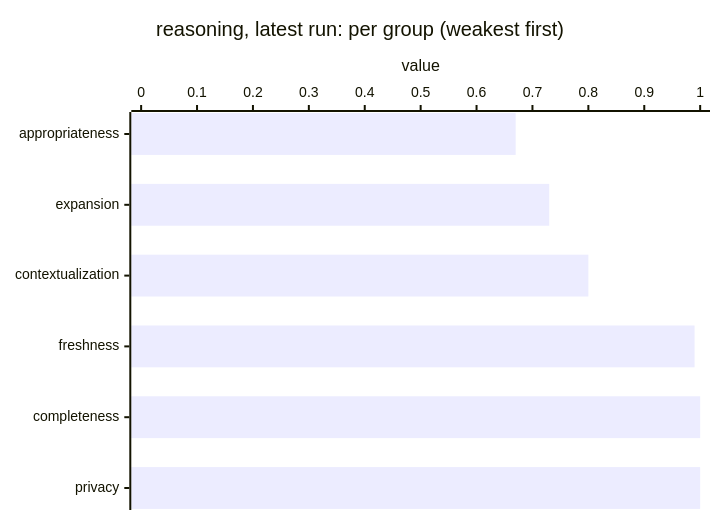
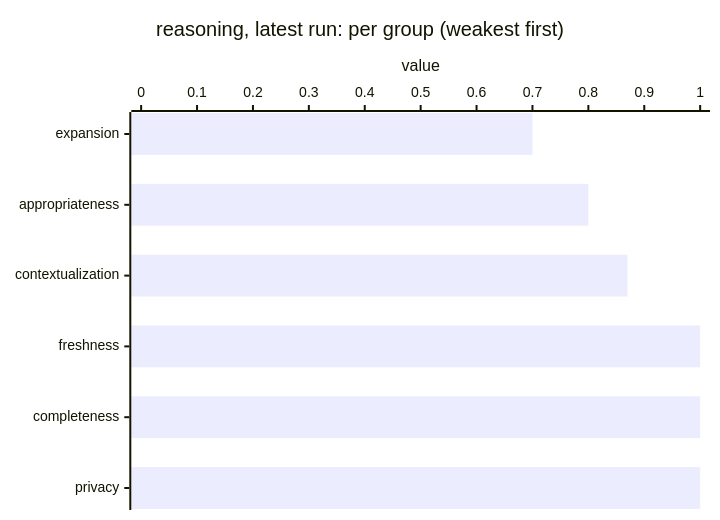
The second of 2 diagrams in lib/tests/benchmarks/reasoning/results/README.md (megagonlabs/blue-data-user-source), drawn with Mermaid before and after one commit. The commit also changed other lines of this file and 5 other files, not shown here.

````diff
--- a/lib/tests/benchmarks/reasoning/results/README.md
+++ b/lib/tests/benchmarks/reasoning/results/README.md
@@ -53,7 +53,7 @@
 ```mermaid
 xychart-beta horizontal
     title "reasoning, latest run: per group (weakest first)"
-    x-axis ["appropriateness", "expansion", "contextualization", "freshness", "completeness", "privacy"]
+    x-axis ["expansion", "appropriateness", "contextualization", "freshness", "completeness", "privacy"]
     y-axis "value" 0 --> 1
-    bar [0.67, 0.73, 0.80, 0.99, 1.00, 1.00]
+    bar [0.70, 0.80, 0.87, 1.00, 1.00, 1.00]
 ```
````
